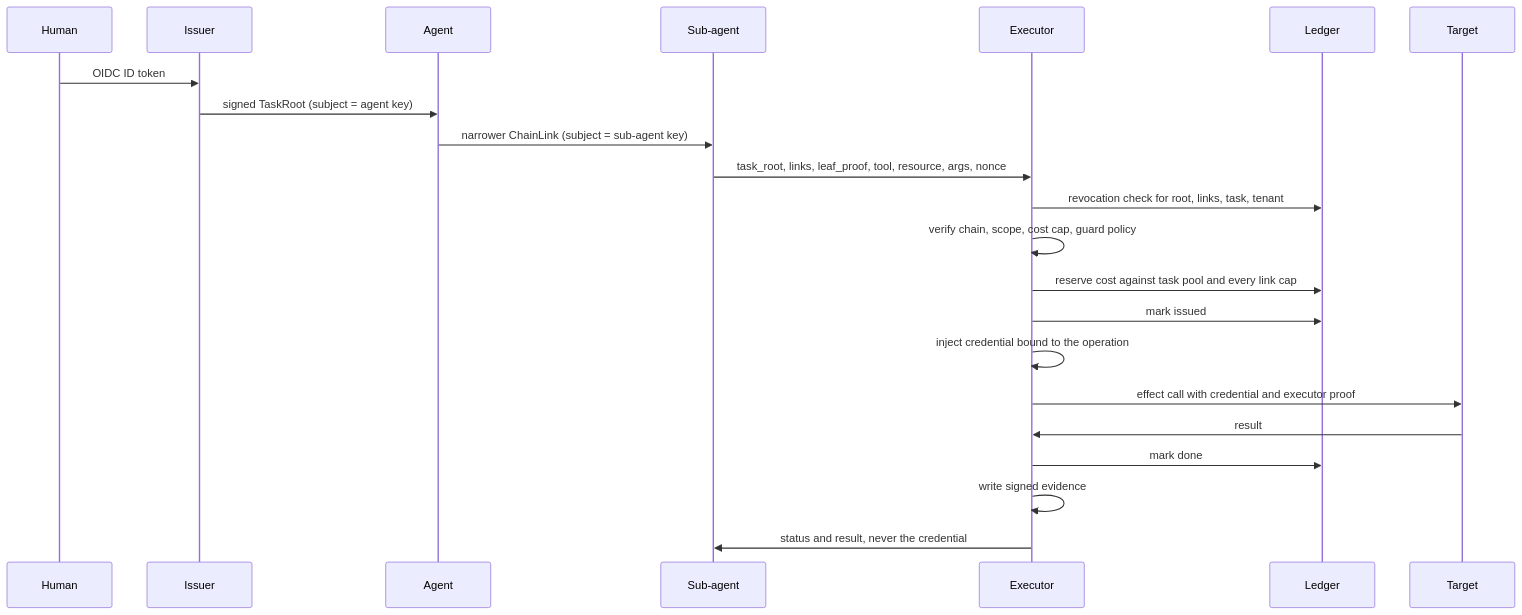
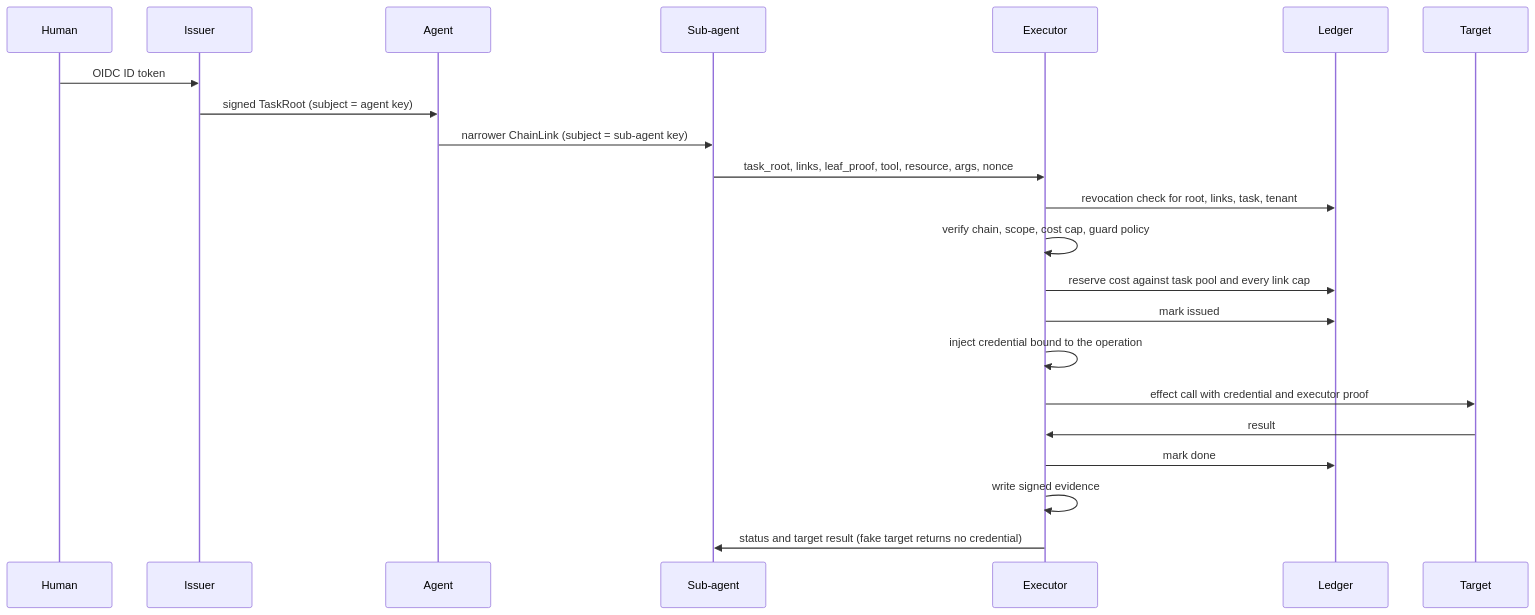
Before and after one commit to agent-rails/agentic-security-reference: the diagram in docs/ARCHITECTURE.md, drawn with Mermaid. The commit also changed other lines of this file and 13 other files, not shown here.

````diff
--- a/docs/ARCHITECTURE.md
+++ b/docs/ARCHITECTURE.md
@@ -15,24 +15,24 @@
 ```mermaid
 sequenceDiagram
     participant H as Human
     participant I as Issuer
     participant A as Agent
     participant S as Sub-agent
     participant X as Executor
     participant L as Ledger
     participant T as Target
     H->>I: OIDC ID token
     I->>A: signed TaskRoot (subject = agent key)
     A->>S: narrower ChainLink (subject = sub-agent key)
     S->>X: task_root, links, leaf_proof, tool, resource, args, nonce
     X->>L: revocation check for root, links, task, tenant
     X->>X: verify chain, scope, cost cap, guard policy
     X->>L: reserve cost against task pool and every link cap
     X->>L: mark issued
     X->>X: inject credential bound to the operation
     X->>T: effect call with credential and executor proof
     T->>X: result
     X->>L: mark done
     X->>X: write signed evidence
-    X->>S: status and result, never the credential
+    X->>S: status and target result (fake target returns no credential)
 ```
````
